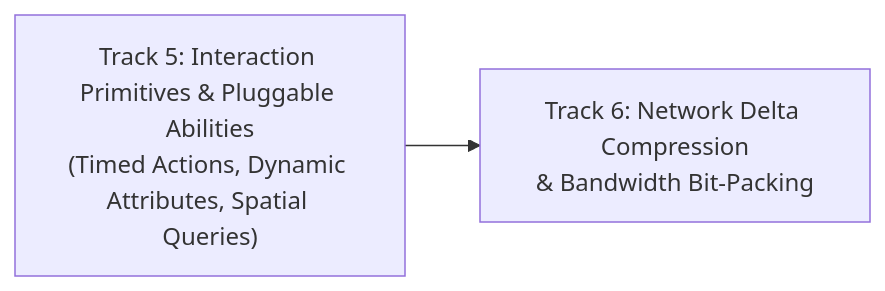
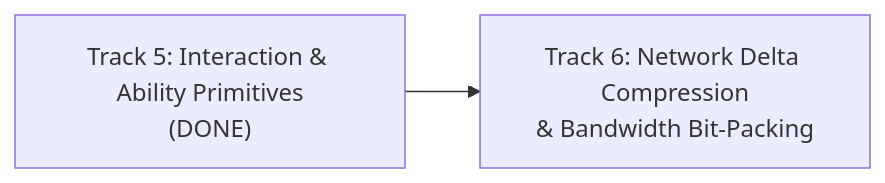
Before and after one commit to Jakousa/rust-server: the diagram in ROADMAP.md, drawn with Mermaid. The commit also changed other lines of this file and 16 other files, not shown here.

First line of the commit message:
feat(track5): implement interaction primitives, timed actions, dynamic attributes, and pluggable abilities (#3)

````diff
--- a/ROADMAP.md
+++ b/ROADMAP.md
@@ -65,4 +73,4 @@
 ```mermaid
 flowchart LR
-    T5["Track 5: Interaction Primitives & Pluggable Abilities\n(Timed Actions, Dynamic Attributes, Spatial Queries)"] --> T6["Track 6: Network Delta Compression\n& Bandwidth Bit-Packing"]
+    T5["Track 5: Interaction & Ability Primitives\n(DONE)"] --> T6["Track 6: Network Delta Compression\n& Bandwidth Bit-Packing"]
 ```
````
